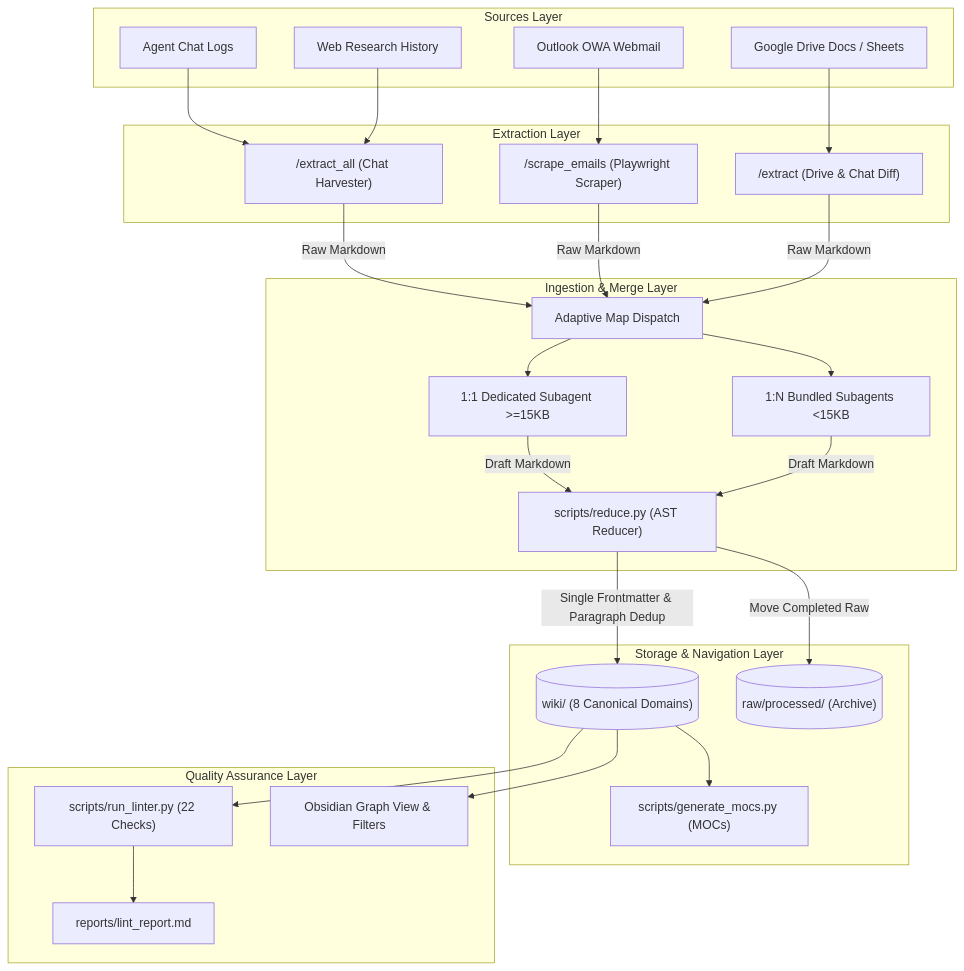
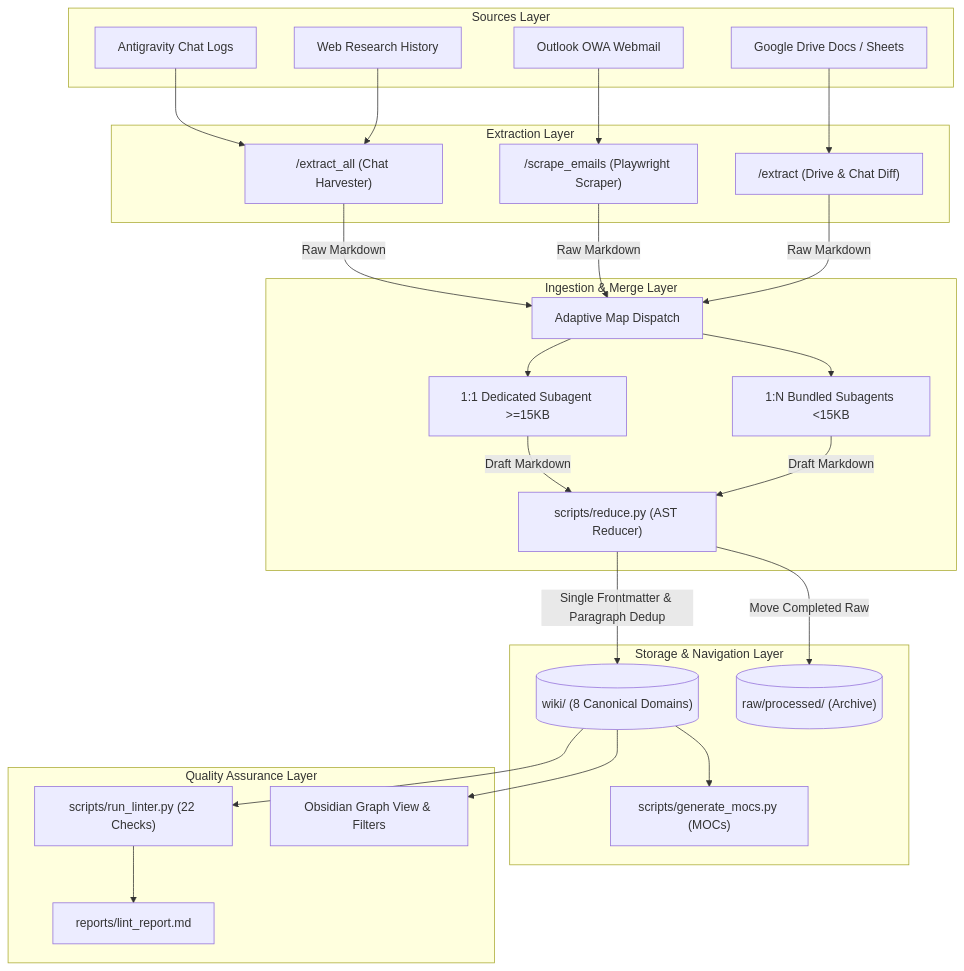
One commit to canadaofbin-netizen/Personalized-LLM-Knowledge-Graph changed the diagram in README.md. Above: the diagram before and after it, drawn with Mermaid. The commit also changed other lines of this file and 4 other files, not shown here.

Commit message:
refactor: remove multi-platform adapters and restore pure Antigravity architecture

````diff
--- a/README.md
+++ b/README.md
@@ -87,49 +73,49 @@
 ```mermaid
 flowchart TD
     subgraph S1 [Sources Layer]
-        C1[Agent Chat Logs]
+        C1[Antigravity Chat Logs]
         C2[Google Drive Docs / Sheets]
         C3[Outlook OWA Webmail]
         C4[Web Research History]
     end
 
     subgraph S2 [Extraction Layer]
         E1["/extract_all (Chat Harvester)"]
         E2["/scrape_emails (Playwright Scraper)"]
         E3["/extract (Drive & Chat Diff)"]
     end
 
     subgraph S3 [Ingestion & Merge Layer]
         M1[Adaptive Map Dispatch]
         M2[1:1 Dedicated Subagent >=15KB]
         M3["1:N Bundled Subagents <15KB"]
         R1["scripts/reduce.py (AST Reducer)"]
     end
 
     subgraph S4 [Storage & Navigation Layer]
         W1[("wiki/ (8 Canonical Domains)")]
         MC["scripts/generate_mocs.py (MOCs)"]
         AR[("raw/processed/ (Archive)")]
     end
 
     subgraph S5 [Quality Assurance Layer]
         L1["scripts/run_linter.py (22 Checks)"]
         L2[reports/lint_report.md]
         OB[Obsidian Graph View & Filters]
     end
 
     C1 & C4 --> E1
     C3 --> E2
     C2 --> E3
 
     E1 & E2 & E3 -->|Raw Markdown| M1
     M1 --> M2 & M3
     M2 & M3 -->|Draft Markdown| R1
 
     R1 -->|Single Frontmatter & Paragraph Dedup| W1
     R1 -->|Move Completed Raw| AR
     W1 --> MC
     W1 --> L1
     L1 --> L2
     W1 --> OB
 ```
````
